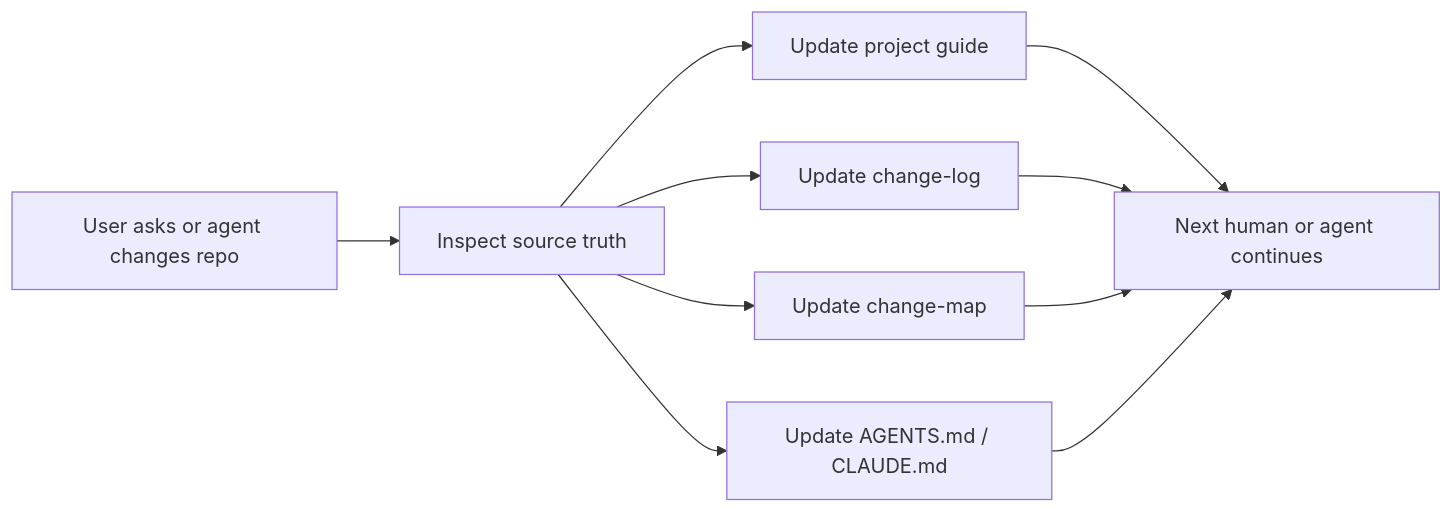
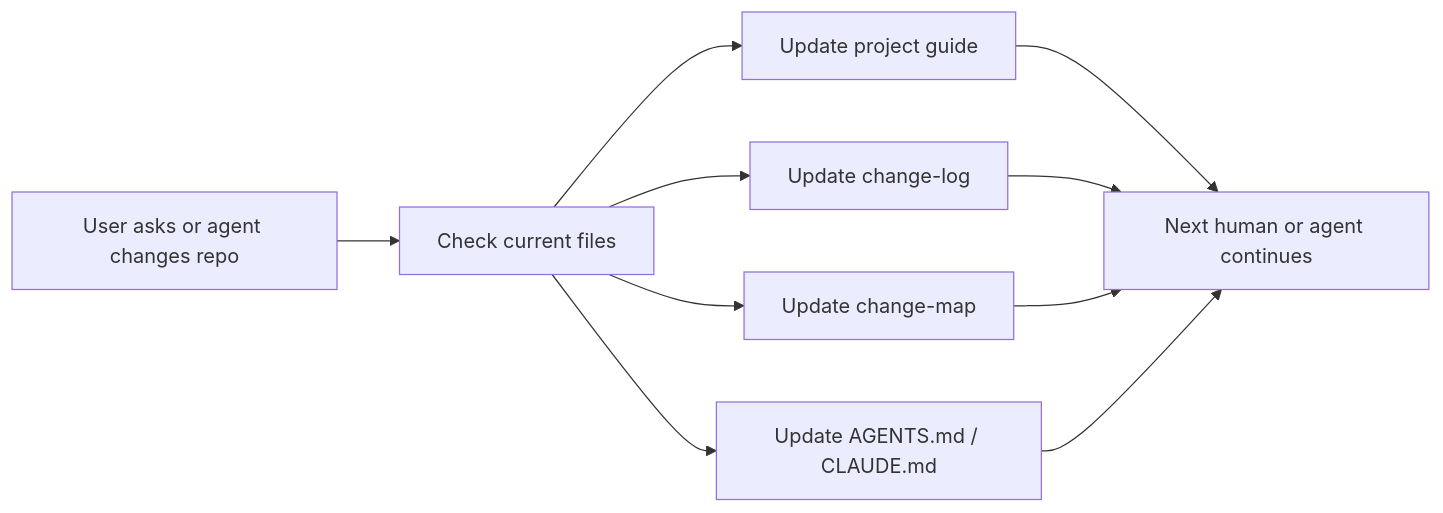
Before and after one commit to YurunChen/repo-docs-skills: the diagram in README.md, drawn with Mermaid. The commit also changed other lines of this file and 1 other file, not shown here.

````diff
--- a/README.md
+++ b/README.md
@@ -110,12 +108,12 @@
 ```mermaid
 flowchart LR
-  A["User asks or agent changes repo"] --> B["Inspect source truth"]
+  A["User asks or agent changes repo"] --> B["Check current files"]
   B --> C["Update project guide"]
   B --> D["Update change-log"]
   B --> E["Update change-map"]
   B --> F["Update AGENTS.md / CLAUDE.md"]
   C --> G["Next human or agent continues"]
   D --> G
   E --> G
   F --> G
 ```
````
